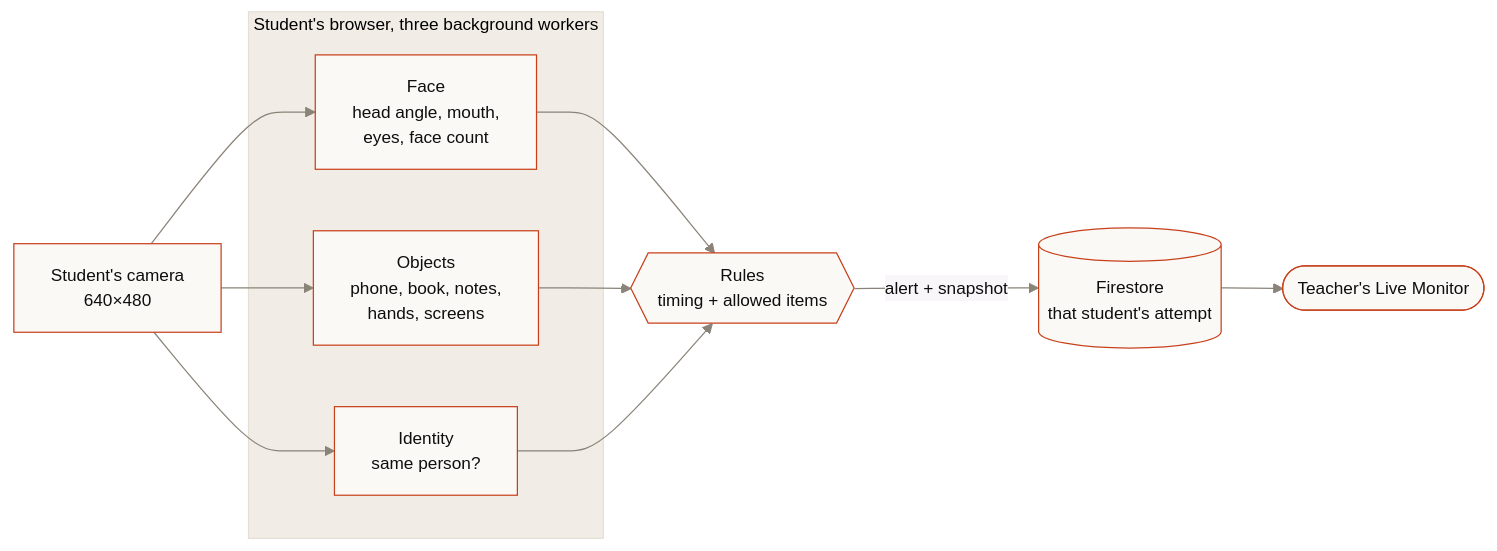
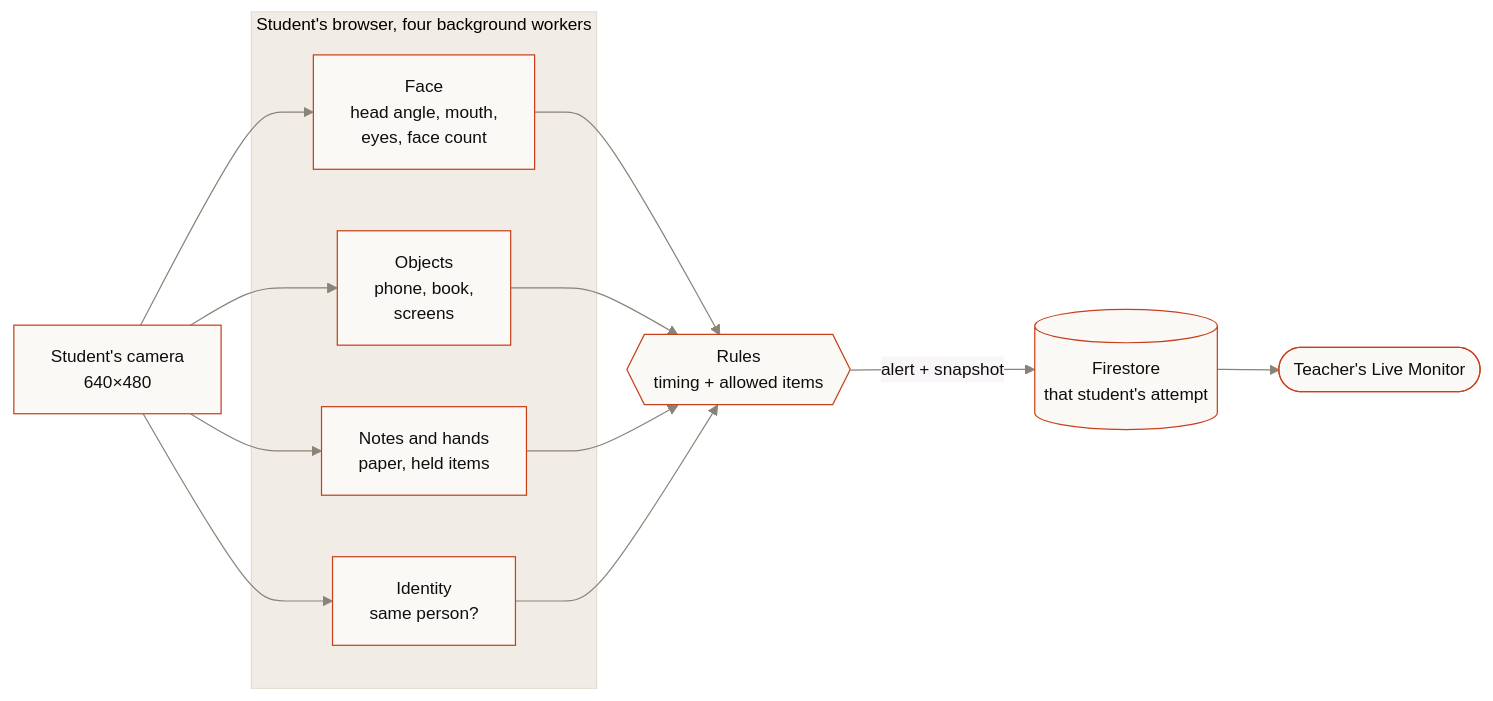
Before and after one commit to tahsanmasum/Examflow: the third of 4 diagrams in README.md, drawn with Mermaid. The commit also changed other lines of this file and 39 other files, not shown here.

````diff
--- a/README.md
+++ b/README.md
@@ -157,17 +161,20 @@
 ```mermaid
 %%{init: {'theme':'base','themeVariables':{'primaryColor':'#faf9f6','primaryBorderColor':'#c8401a','primaryTextColor':'#0f0e0d','lineColor':'#8a8378','clusterBkg':'#f1ede6','clusterBorder':'#e4ded3','fontSize':'14px'}}}%%
 flowchart LR
   CAM[Student's camera<br/>640×480] --> F
-  subgraph B[Student's browser, three background workers]
+  subgraph B[Student's browser, four background workers]
     F[Face<br/>head angle, mouth,<br/>eyes, face count]
-    O[Objects<br/>phone, book, notes,<br/>hands, screens]
+    O[Objects<br/>phone, book,<br/>screens]
+    N[Notes and hands<br/>paper, held items]
     I[Identity<br/>same person?]
   end
   CAM --> O
+  CAM --> N
   CAM --> I
   F --> R{{Rules<br/>timing + allowed items}}
   O --> R
+  N --> R
   I --> R
   R -- alert + snapshot --> FS[(Firestore<br/>that student's attempt)]
   FS --> M([Teacher's Live Monitor])
 ```
````
